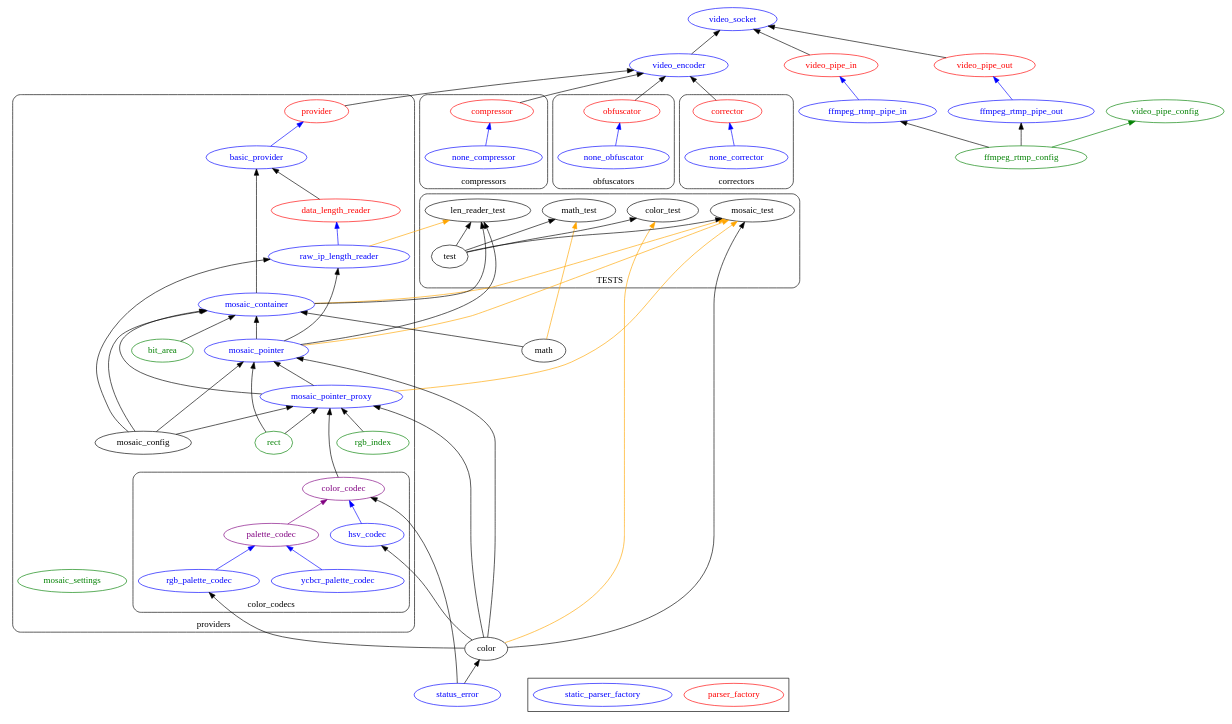
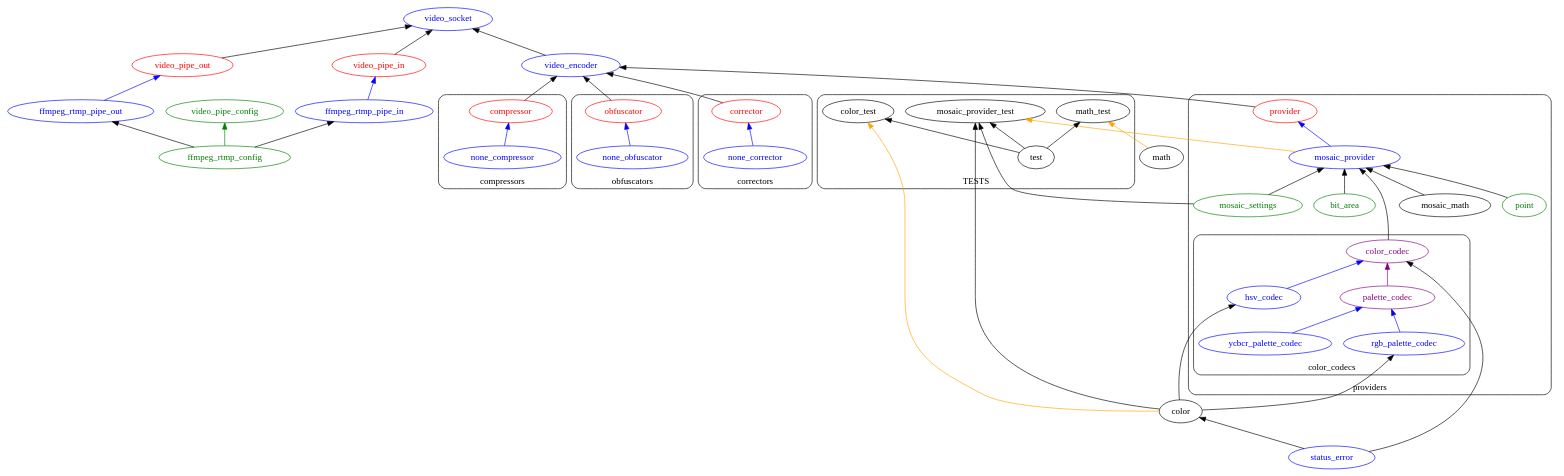
The diagram in docs/architecture.dot (libera-cifero/Korra), drawn with Graphviz before and after one commit. The commit also changed 13 other files, not shown here.

```diff
--- a/docs/architecture.dot
+++ b/docs/architecture.dot
@@ -12,88 +12,58 @@
                     color=red;
                     fontcolor=red;
                 ];
-                basic_provider[
+                mosaic_provider[
                     color=blue;
                     fontcolor=blue;
                 ];
-                subgraph mosaic{
-                    mosaic_container [color=blue;fontcolor=blue;];
-                    mosaic_pointer [color=blue;fontcolor=blue;];
-                    mosaic_pointer_proxy [color=blue;fontcolor=blue;];
-                    data_length_reader [
-                        color=red;
-                        fontcolor=red;
-                    ];
-                    raw_ip_length_reader[
-                        color=blue;
-                        fontcolor=blue;
-                    ];
-                    bit_area [color=green;fontcolor=green;];
+
+                subgraph mosaic {
+                    bit_area [fontcolor=green; color = green;];
+                    point [fontcolor=green; color = green;];
+                    mosaic_math;
+                    mosaic_settings [fontcolor=green; color = green;];
                     
-                    basic_provider->provider [color=blue;];
+                    mosaic_settings->mosaic_provider;
                     
-                    mosaic_container->basic_provider [weight=1000; ];
+                    point->mosaic_provider;
 
-                    mosaic_pointer->mosaic_container [weight=1000;];
+                    bit_area->mosaic_provider;
+
+                    mosaic_math->mosaic_provider;
                     
-                    mosaic_pointer_proxy->mosaic_pointer;
-                    mosaic_pointer_proxy->mosaic_container;
 
-                    bit_area->mosaic_container;              
                     
-                    mosaic_settings [color=green;fontcolor=green;];
-                    rect [color=green;fontcolor=green;];
-                    rgb_index[color=green;fontcolor=green;];
-                    
-                    mosaic_config->mosaic_container;
-                    mosaic_config->mosaic_pointer;
-                    mosaic_config->mosaic_pointer_proxy;
-                    mosaic_config->raw_ip_length_reader;
-
-                    rect->mosaic_pointer_proxy;
-                    rect->mosaic_pointer;
-
-                    rgb_index->mosaic_pointer_proxy;  
+                    subgraph cluster_color_codecs{
+                        label="color_codecs";
+                        color_codec [
+                            color=purple;
+                            fontcolor=purple;
+                        ];
+                        hsv_codec [
+                            color=blue;
+                            fontcolor=blue;
+                        ];
+                        palette_codec[
+                            color=purple;
+                            fontcolor=purple;
+                        ];
+                        rgb_palette_codec[
+                            color=blue;
+                            fontcolor=blue;
+                        ];
+                        ycbcr_palette_codec[
+                            color=blue;
+                            fontcolor=blue;
+                        ];
+                        hsv_codec->color_codec [color=blue; ];
+                        palette_codec->color_codec[color=purple;];   
+                        rgb_palette_codec->palette_codec [color=blue;];
+                        ycbcr_palette_codec->palette_codec [color=blue];
+                    }
+                    color_codec->mosaic_provider [minlen=2;];
                 }
 
-                subgraph data_length_reader{
-                    raw_ip_length_reader->data_length_reader [color = blue;];
-                    data_length_reader->basic_provider;
-
-                    mosaic_pointer->raw_ip_length_reader [minlen=2;];
-                }
-
-
-                subgraph cluster_color_codecs{
-                    label="color_codecs";
-                    color_codec [
-                        color=purple;
-                        fontcolor=purple;
-                    ];
-                    hsv_codec [
-                        color=blue;
-                        fontcolor=blue;
-                    ];
-                    palette_codec[
-                        color=purple;
-                        fontcolor=purple;
-                    ];
-                    rgb_palette_codec[
-                        color=blue;
-                        fontcolor=blue;
-                    ];
-                    ycbcr_palette_codec[
-                        color=blue;
-                        fontcolor=blue;
-                    ];
-                    hsv_codec->color_codec [color=blue; ];
-                    palette_codec->color_codec[color=purple;];   
-                    rgb_palette_codec->palette_codec [color=blue;];
-                    ycbcr_palette_codec->palette_codec [color=blue];
-                }
-
-                color_codec->mosaic_pointer_proxy [minlen=2;];
-                
+                mosaic_provider->provider[color = blue;];
             }
             subgraph cluster_compressors {
                 label="compressors";
@@ -156,16 +126,11 @@
             obfuscator->video_encoder;
             corrector->video_encoder;
 
-            color->mosaic_pointer_proxy [minlen=1];
-            color->mosaic_pointer [minlen=1];
             color->rgb_palette_codec;
             color->hsv_codec;
             
             status_error->color;
             status_error->color_codec;
-
-            math->mosaic_container;
-
 
         }
         subgraph video_pipes {
@@ -187,11 +152,6 @@
             ffmpeg_rtmp_config->ffmpeg_rtmp_pipe_out;
         }
 
-        subgraph cluster_config {
-            parser_factory [color=red; fontcolor=red;]
-            static_parser_factory [color=blue; fontcolor = blue;]
-        }
-
         video_socket [color=blue; fontcolor=blue;];
         
         video_encoder->video_socket [weight=2;];
@@ -207,27 +167,20 @@
         }
 
         color_test;
-        mosaic_test;
-        len_reader_test;
+        mosaic_provider_test;
         math_test;
         
         test->color_test;
-        test->mosaic_test;
-        test->len_reader_test;
+        test->mosaic_provider_test;
         test->math_test;
     }
 
+    color->mosaic_provider_test;
+    mosaic_settings->mosaic_provider_test;
+    mosaic_provider->mosaic_provider_test [color=orange;];
 
-    color->mosaic_test;
     color->color_test [color=orange;];
 
     math->math_test [color=orange;];
 
-    mosaic_pointer_proxy->mosaic_test [color=orange;];
-    mosaic_container->mosaic_test [color=orange;];
-    mosaic_pointer->mosaic_test [color=orange;];
-
-    raw_ip_length_reader->len_reader_test [color=orange;];
-    mosaic_pointer->len_reader_test;
-    mosaic_container->len_reader_test;
 }
```
